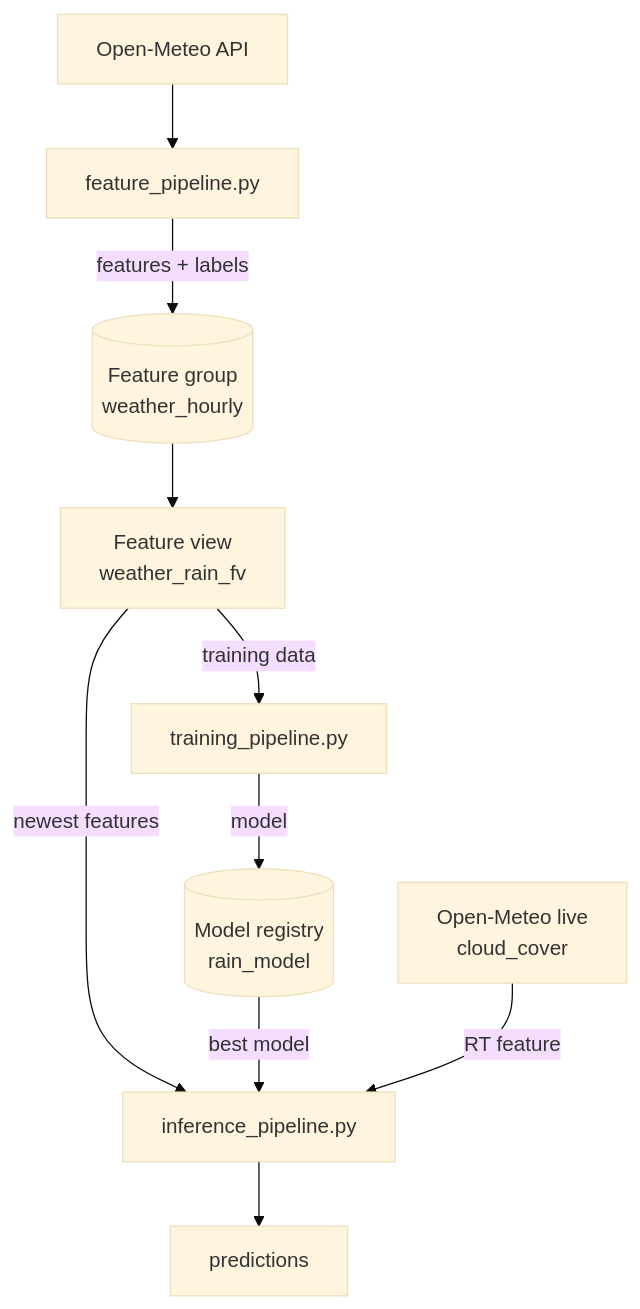
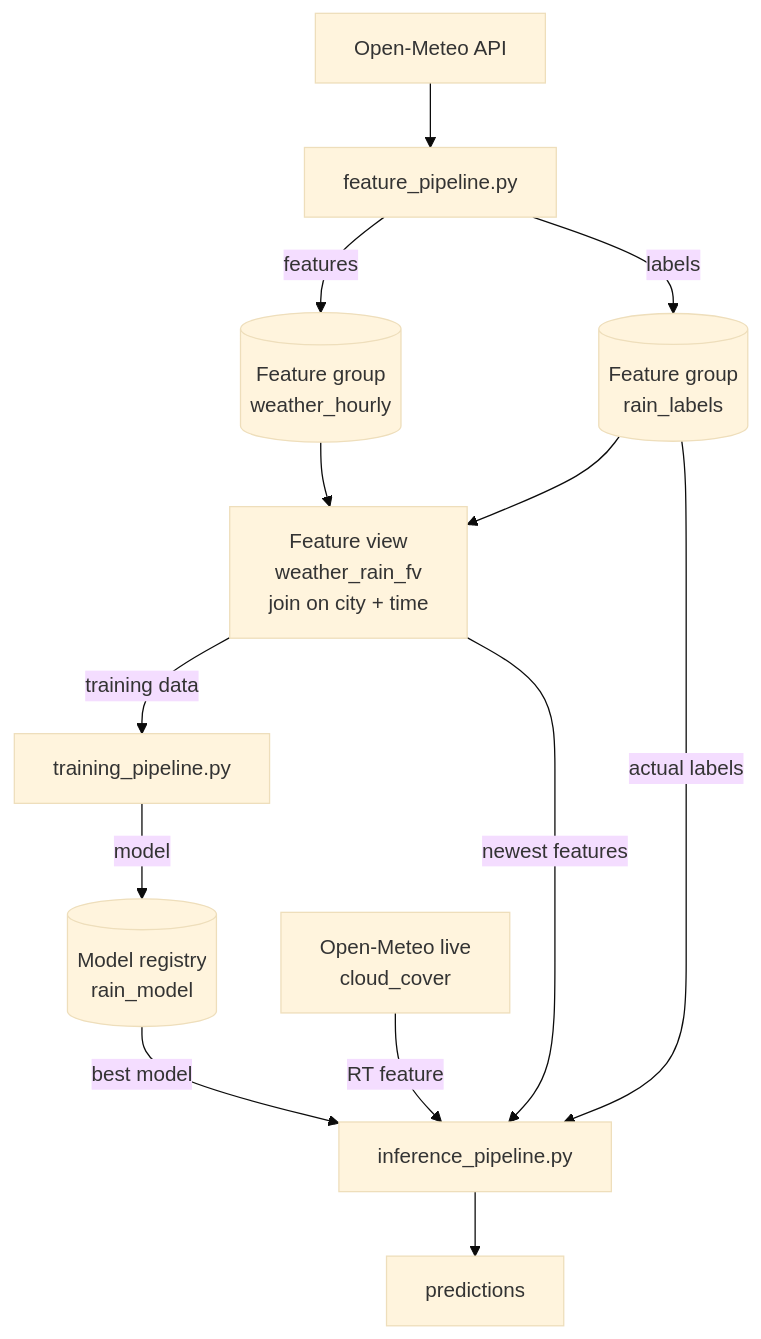
The diagram in README.md (patanric/ML-ops-project), drawn with Mermaid (base theme) before and after one commit. The commit also changed other lines of this file and 5 other files, not shown here.

First line of the commit message:
Split features and labels into two feature groups joined by key

````diff
--- a/README.md
+++ b/README.md
@@ -45,12 +45,15 @@
 ```mermaid
 flowchart TB
     API[Open-Meteo API] --> F[feature_pipeline.py]
-    F -- features + labels --> FG[(Feature group<br>weather_hourly)]
-    FG --> FV[Feature view<br>weather_rain_fv]
+    F -- features --> FG[(Feature group<br>weather_hourly)]
+    F -- labels --> LG[(Feature group<br>rain_labels)]
+    FG --> FV[Feature view<br>weather_rain_fv<br>join on city + time]
+    LG --> FV
+    LG -- actual labels --> I
     FV -- training data --> T[training_pipeline.py]
     T -- model --> MR[(Model registry<br>rain_model)]
     FV -- newest features --> I[inference_pipeline.py]
     MR -- best model --> I
     LIVE[Open-Meteo live<br>cloud_cover] -- RT feature --> I
     I --> P[predictions]
 ```
````
